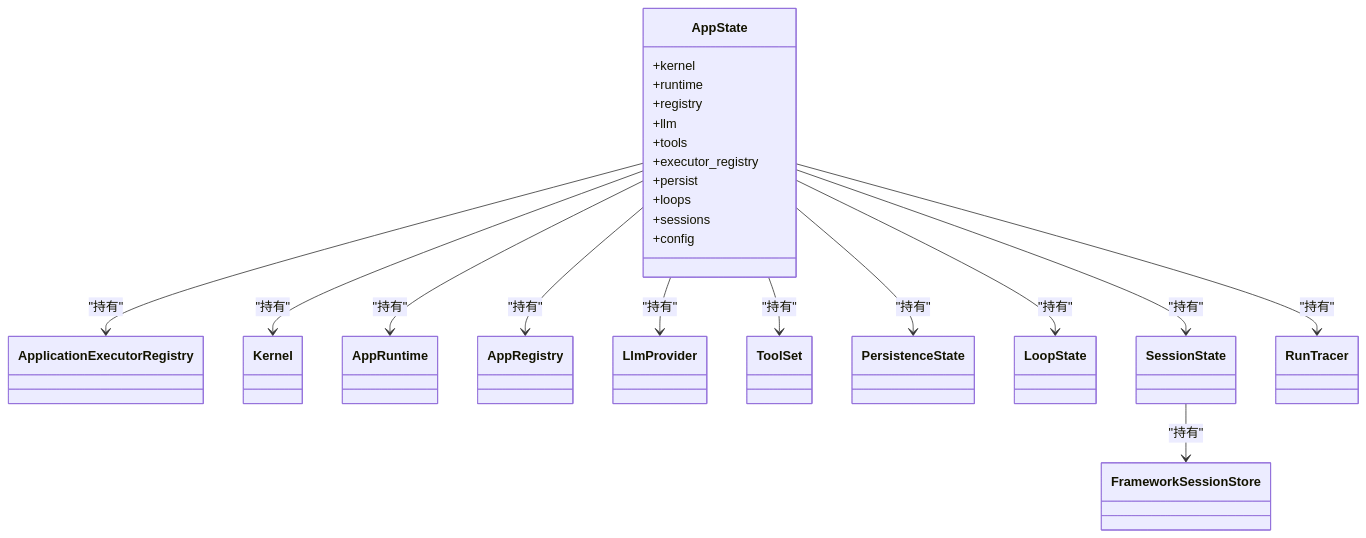
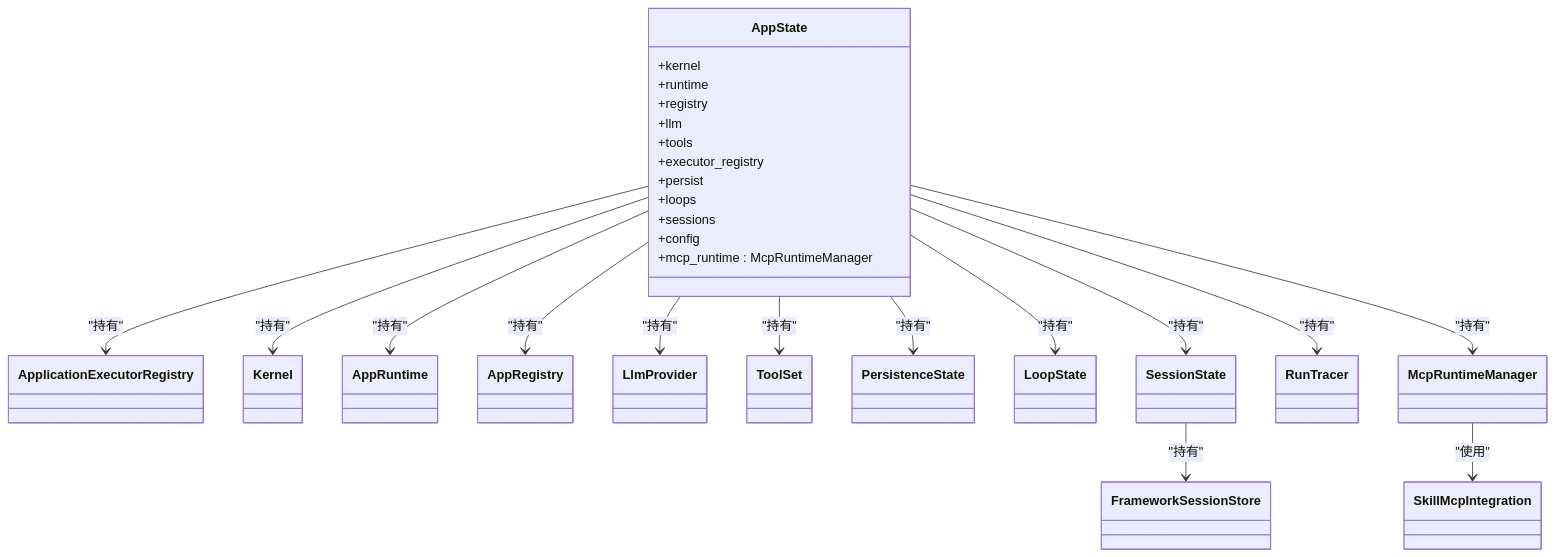
One commit to ixiejun/macaca changed the fifth of 5 diagrams in .qoder/repowiki/zh/content/Web服务层/Web服务层.md. Above: the diagram before and after it, drawn with Mermaid. The commit also changed other lines of this file and 49 other files, not shown here.

````diff
--- a/.qoder/repowiki/zh/content/Web服务层/Web服务层.md
+++ b/.qoder/repowiki/zh/content/Web服务层/Web服务层.md
@@ -279,37 +377,42 @@
 ```mermaid
 classDiagram
 class AppState {
 +kernel
 +runtime
 +registry
 +llm
 +tools
 +executor_registry
 +persist
 +loops
 +sessions
 +config
++mcp_runtime : McpRuntimeManager
 }
 class ApplicationExecutorRegistry
 class Kernel
 class AppRuntime
 class AppRegistry
 class LlmProvider
 class ToolSet
 class PersistenceState
 class LoopState
 class SessionState
 class FrameworkSessionStore
 class RunTracer
+class McpRuntimeManager
+class SkillMcpIntegration
 AppState --> ApplicationExecutorRegistry : "持有"
 AppState --> Kernel : "持有"
 AppState --> AppRuntime : "持有"
 AppState --> AppRegistry : "持有"
 AppState --> LlmProvider : "持有"
 AppState --> ToolSet : "持有"
 AppState --> PersistenceState : "持有"
 AppState --> LoopState : "持有"
 AppState --> SessionState : "持有"
 AppState --> RunTracer : "持有"
+AppState --> McpRuntimeManager : "持有"
 SessionState --> FrameworkSessionStore : "持有"
+McpRuntimeManager --> SkillMcpIntegration : "使用"
 ```
````
